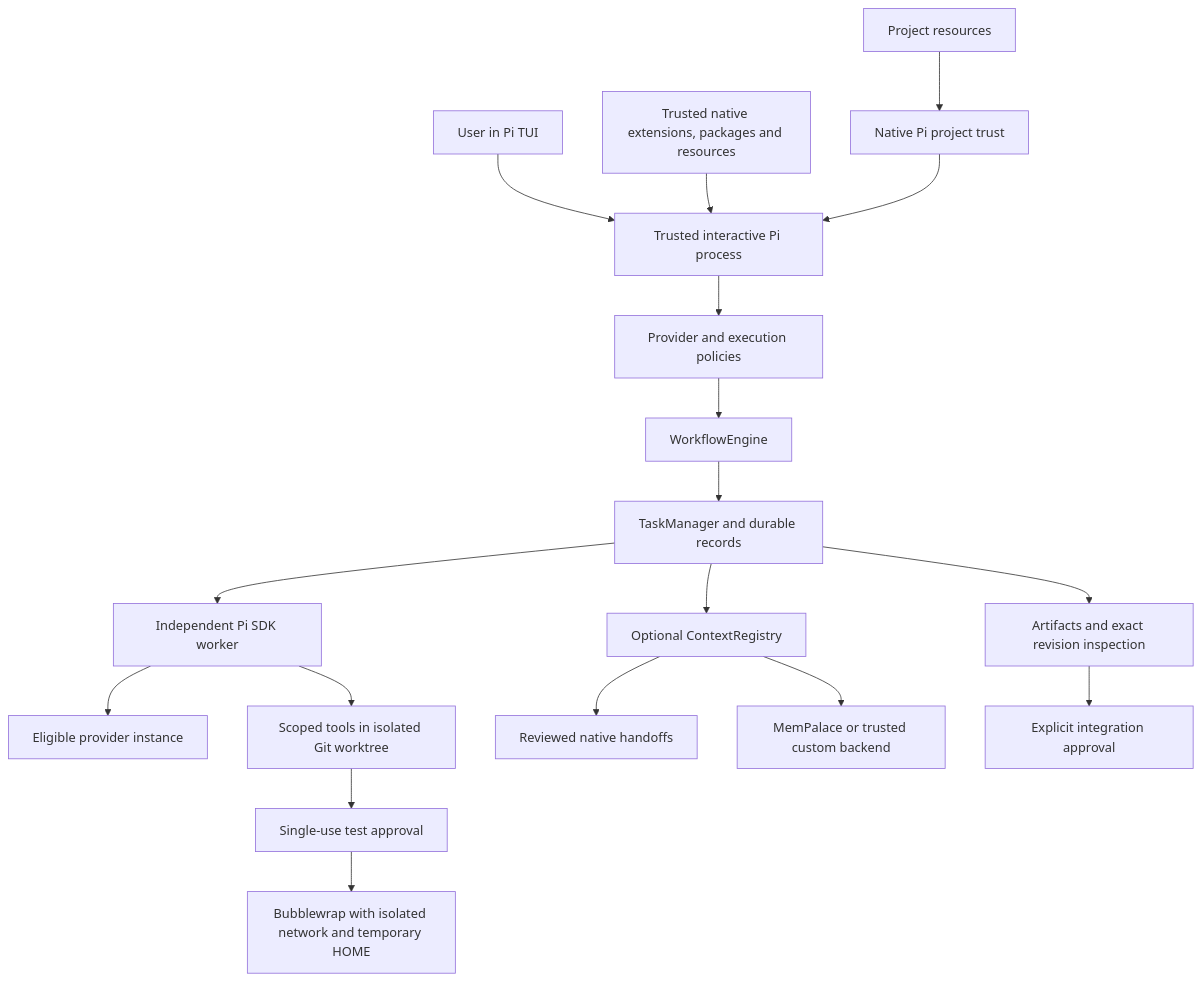
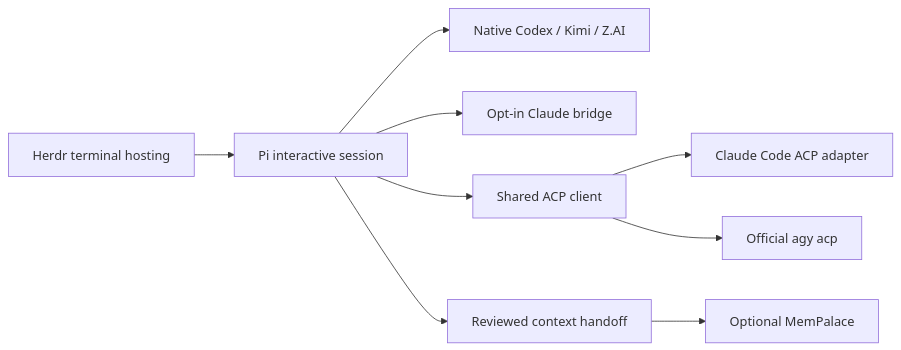
Before and after one commit to jabez007/pi-poly-agent: the diagram in docs/architecture.md, drawn with Mermaid. The commit also changed other lines of this file and 7 other files, not shown here.

Commit message:
Document the smaller v0.6 scope and native Herdr integration

````diff
--- a/docs/architecture.md
+++ b/docs/architecture.md
@@ -16,20 +6,11 @@
 ```mermaid
-flowchart TD
-    Human[User in Pi TUI] --> Pi[Trusted interactive Pi process]
-    Native[Trusted native extensions, packages and resources] --> Pi
-    Project[Project resources] --> Trust[Native Pi project trust]
-    Trust --> Pi
-    Pi --> Policy[Provider and execution policies]
-    Policy --> Workflow[WorkflowEngine]
-    Workflow --> Tasks[TaskManager and durable records]
-    Tasks --> Worker[Independent Pi SDK worker]
-    Worker --> Provider[Eligible provider instance]
-    Worker --> Files[Scoped tools in isolated Git worktree]
-    Files --> Approval[Single-use test approval]
-    Approval --> Sandbox[Bubblewrap with isolated network and temporary HOME]
-    Tasks --> Context[Optional ContextRegistry]
-    Context --> NativeContext[Reviewed native handoffs]
-    Context --> Memory[MemPalace or trusted custom backend]
-    Tasks --> Review[Artifacts and exact revision inspection]
-    Review --> Apply[Explicit integration approval]
+flowchart LR
+    Herdr[Herdr terminal hosting] --> Pi[Pi interactive session]
+    Pi --> Native[Native Codex / Kimi / Z.AI]
+    Pi --> Bridge[Opt-in Claude bridge]
+    Pi --> ACP[Shared ACP client]
+    ACP --> Claude[Claude Code ACP adapter]
+    ACP --> Google[Official agy acp]
+    Pi --> Handoff[Reviewed context handoff]
+    Handoff --> Memory[Optional MemPalace]
 ```
````
